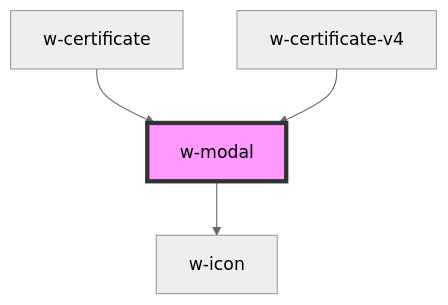
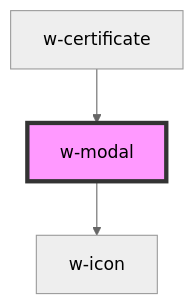
The diagram in src/components/w-modal/readme.md (wordproof/ui), drawn with Mermaid (neutral theme) before and after one commit. The commit also changed other lines of this file and 12 other files, not shown here.

````diff
--- a/src/components/w-modal/readme.md
+++ b/src/components/w-modal/readme.md
@@ -41,7 +40,6 @@
 ```mermaid
 graph TD;
   w-modal --> w-icon
   w-certificate --> w-modal
-  w-certificate-v4 --> w-modal
   style w-modal fill:#f9f,stroke:#333,stroke-width:4px
 ```
````
